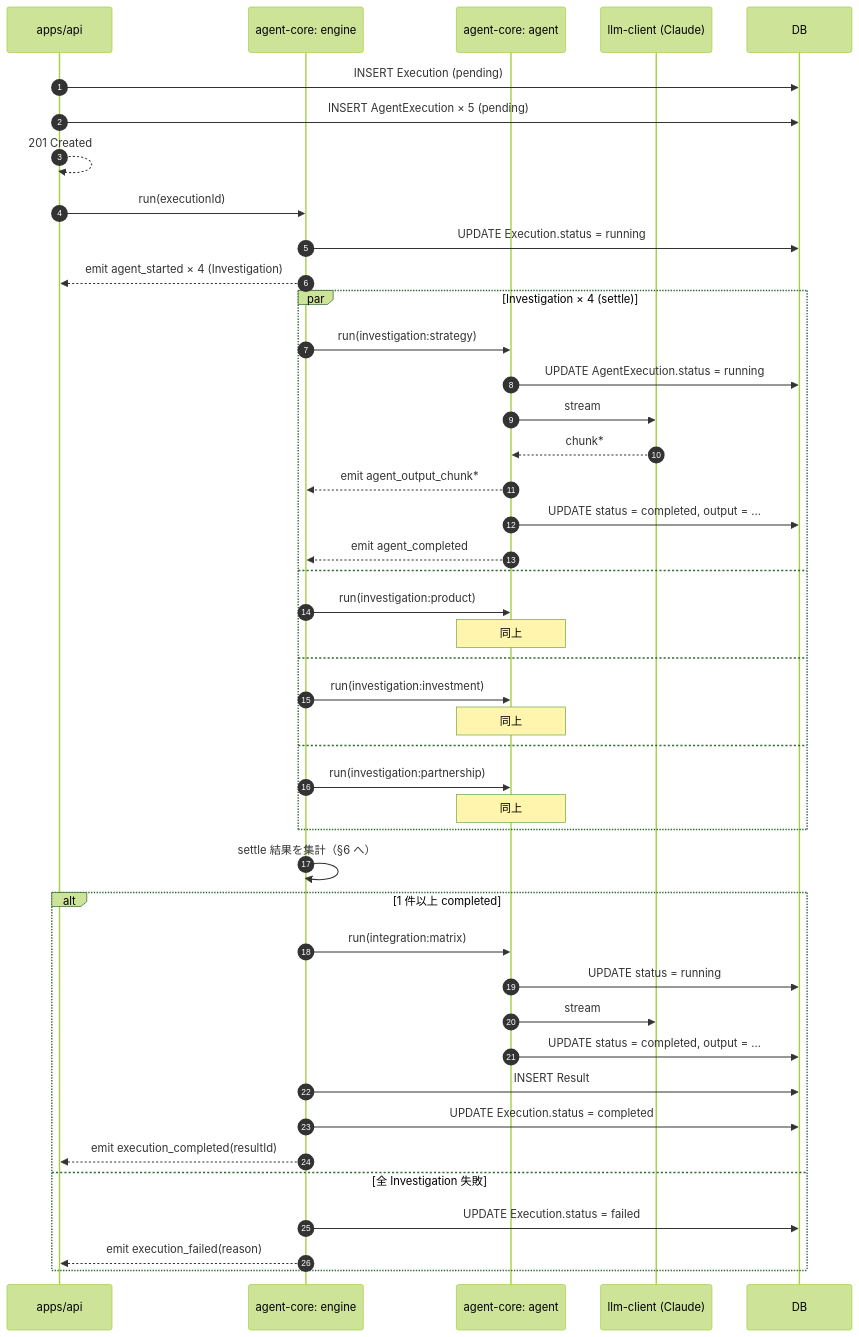
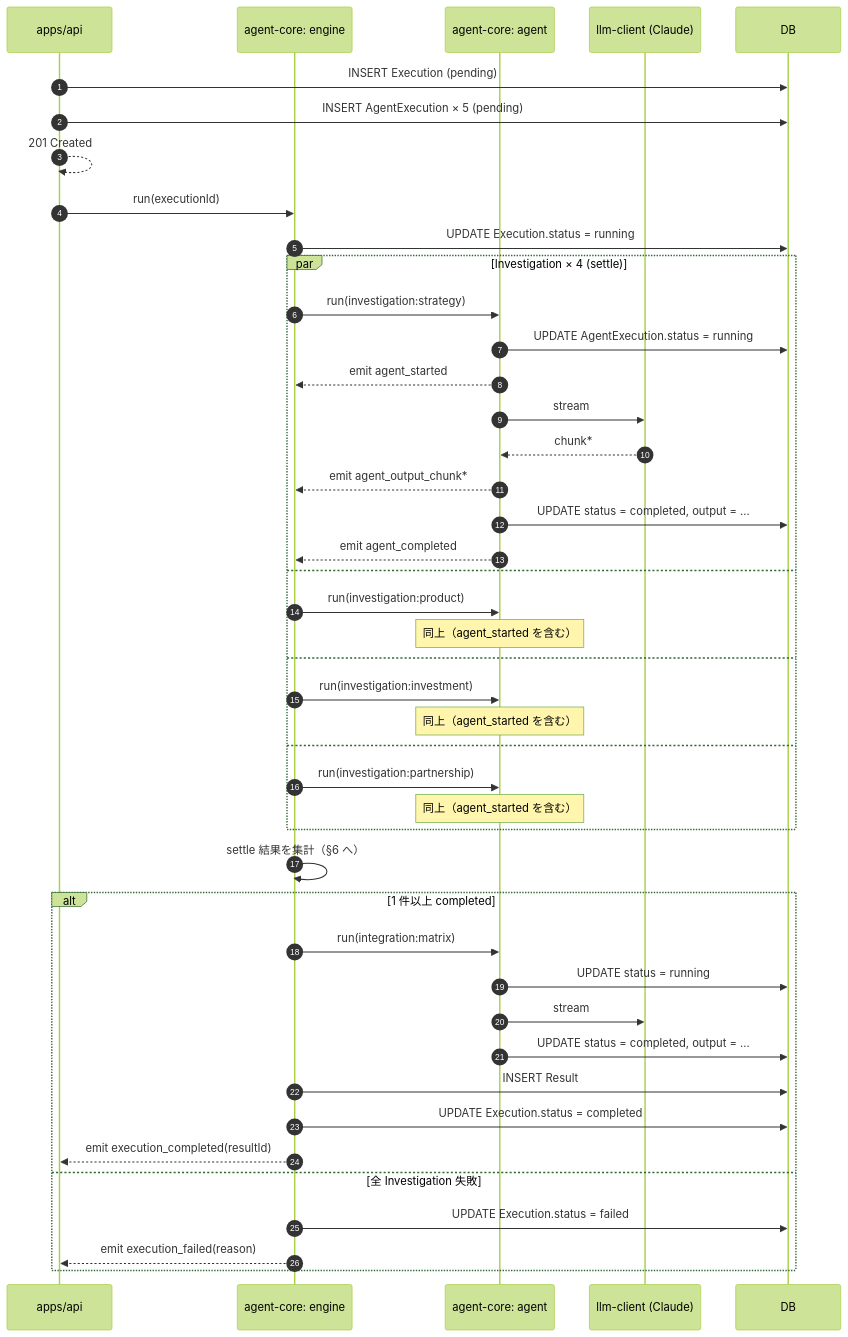
The first of 2 diagrams in docs/design/agent-execution.md (kuairen-227/agent-team-studio), drawn with Mermaid (forest theme) before and after one commit. The commit also changed other lines of this file, not shown here.

````diff
--- a/docs/design/agent-execution.md
+++ b/docs/design/agent-execution.md
@@ -81,50 +81,50 @@
 ```mermaid
 sequenceDiagram
     autonumber
     participant API as apps/api
     participant Eng as agent-core: engine
     participant Ag as agent-core: agent
     participant LLM as llm-client (Claude)
     participant DB as DB
 
     API->>DB: INSERT Execution (pending)
     API->>DB: INSERT AgentExecution × 5 (pending)
     API-->>API: 201 Created
     API->>Eng: run(executionId)
 
     Eng->>DB: UPDATE Execution.status = running
-    Eng-->>API: emit agent_started × 4 (Investigation)
 
     par Investigation × 4 (settle)
         Eng->>Ag: run(investigation:strategy)
         Ag->>DB: UPDATE AgentExecution.status = running
+        Ag-->>Eng: emit agent_started
         Ag->>LLM: stream
         LLM-->>Ag: chunk*
         Ag-->>Eng: emit agent_output_chunk*
         Ag->>DB: UPDATE status = completed, output = ...
         Ag-->>Eng: emit agent_completed
     and
         Eng->>Ag: run(investigation:product)
-        Note over Ag: 同上
+        Note over Ag: 同上（agent_started を含む）
     and
         Eng->>Ag: run(investigation:investment)
-        Note over Ag: 同上
+        Note over Ag: 同上（agent_started を含む）
     and
         Eng->>Ag: run(investigation:partnership)
-        Note over Ag: 同上
+        Note over Ag: 同上（agent_started を含む）
     end
 
     Eng->>Eng: settle 結果を集計（§6 へ）
     alt 1 件以上 completed
         Eng->>Ag: run(integration:matrix)
         Ag->>DB: UPDATE status = running
         Ag->>LLM: stream
         Ag->>DB: UPDATE status = completed, output = ...
         Eng->>DB: INSERT Result
         Eng->>DB: UPDATE Execution.status = completed
         Eng-->>API: emit execution_completed(resultId)
     else 全 Investigation 失敗
         Eng->>DB: UPDATE Execution.status = failed
         Eng-->>API: emit execution_failed(reason)
     end
 ```
````
